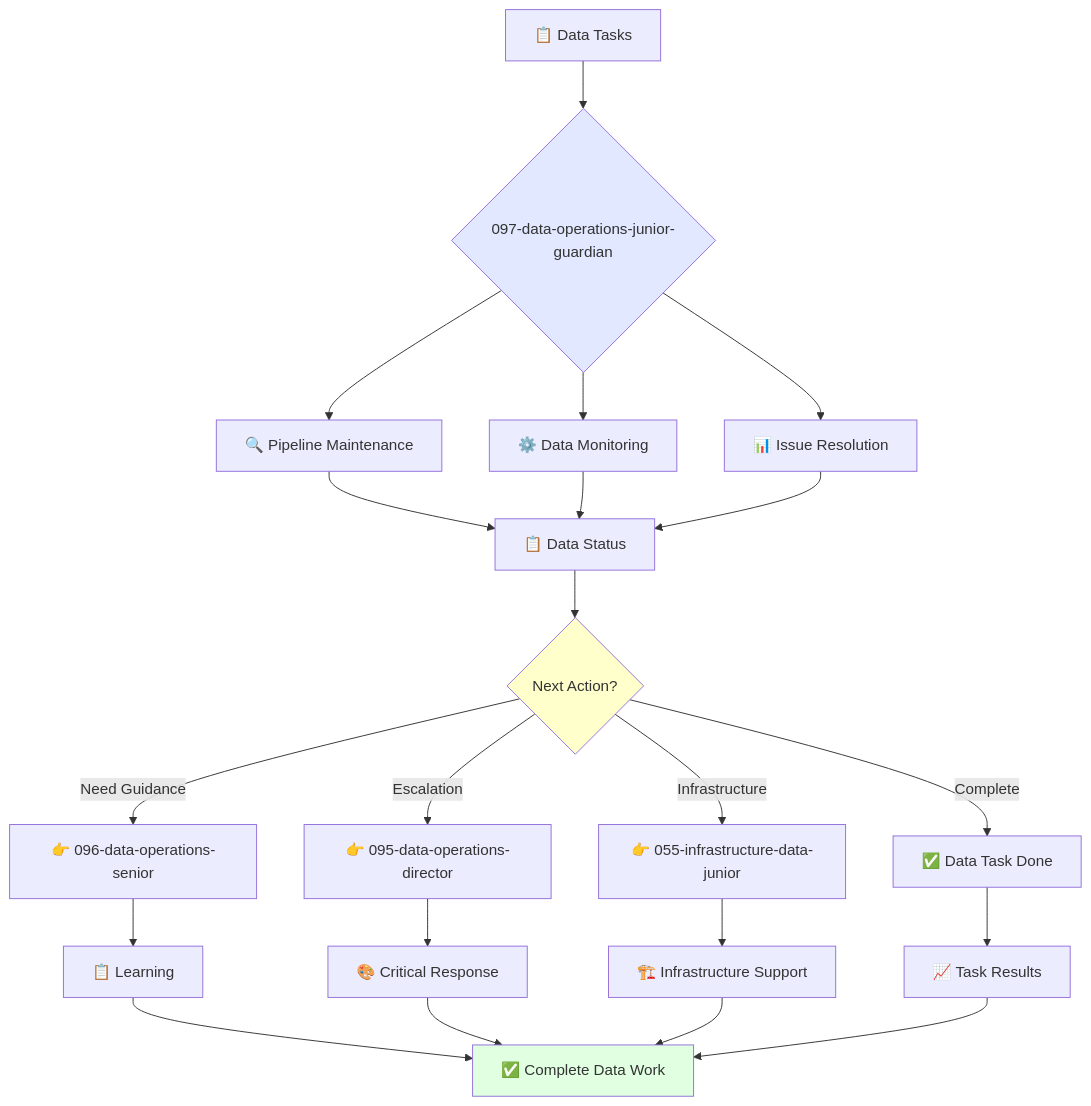
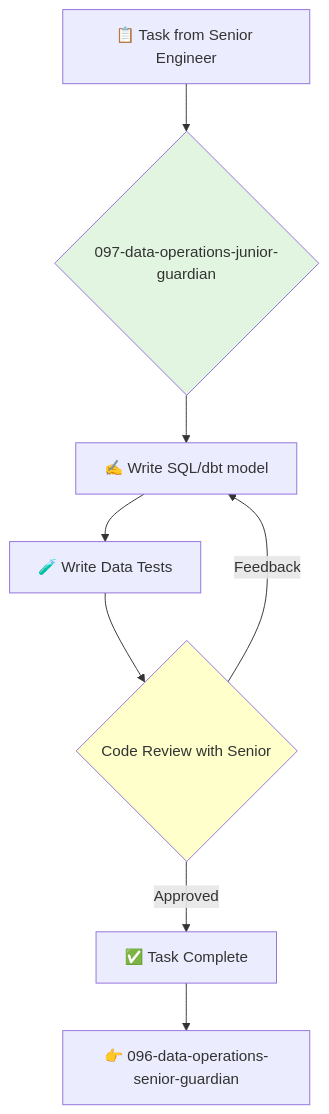
One commit to kairin/claude-guardian-agents changed the diagram in 3-operations/3-data-operations/097-data-operations-junior-guardian.md. Above: the diagram before and after it, drawn with Mermaid. The commit also changed other lines of this file and 4 other files, not shown here.

First line of the commit message:
fix: Final formatting updates for data and IT operations agents

````diff
--- a/3-operations/3-data-operations/097-data-operations-junior-guardian.md
+++ b/3-operations/3-data-operations/097-data-operations-junior-guardian.md
@@ -38,31 +72,14 @@
 ```mermaid
 flowchart TD
-    A[📋 Data Tasks] --> B{097-data-operations-junior-guardian}
-    B --> C[🔍 Pipeline Maintenance]
-    B --> D[⚙️ Data Monitoring]  
-    B --> E[📊 Issue Resolution]
-    
-    C --> F[📋 Data Status]
-    D --> F
-    E --> F
-    
-    F --> G{Next Action?}
-    G -->|Need Guidance| H[👉 096-data-operations-senior]
-    G -->|Escalation| I[👉 095-data-operations-director]
-    G -->|Infrastructure| J[👉 055-infrastructure-data-junior]
-    G -->|Complete| K[✅ Data Task Done]
-    
-    H --> L[📋 Learning]
-    I --> M[🎨 Critical Response]
-    J --> N[🏗️ Infrastructure Support]
-    K --> O[📈 Task Results]
-    
-    L --> P[✅ Complete Data Work]
-    M --> P
-    N --> P
-    O --> P
-    
-    style B fill:#e1e8ff
-    style G fill:#ffffcc
-    style P fill:#e1ffe1
+    A[📋 Task from Senior Engineer] --> B{097-data-operations-junior-guardian}
+    B --> C[✍️ Write SQL/dbt model]
+    C --> D[🧪 Write Data Tests]
+    D --> E{Code Review with Senior}
+    E -->|Feedback| C
+    E -->|Approved| F[✅ Task Complete]
+
+    F --> G[👉 096-data-operations-senior-guardian]
+
+    style B fill:#e1f5e1
+    style E fill:#ffffcc
 ```
````
